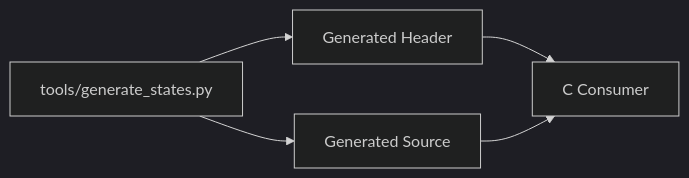
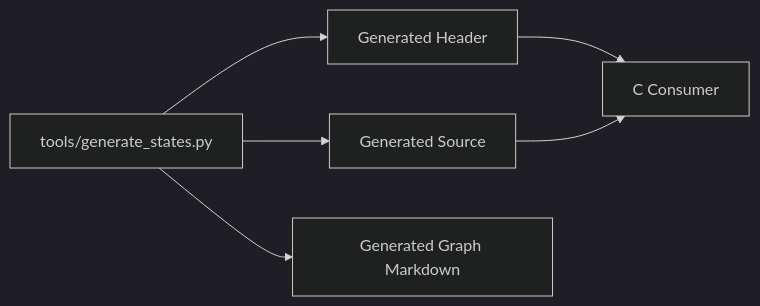
One commit to knstt/kek changed the second of 2 diagrams in doc/generator/architecture.md. Above: the diagram before and after it, drawn with Mermaid (dark theme). The commit also changed other lines of this file and 13 other files, not shown here.

````diff
--- a/doc/generator/architecture.md
+++ b/doc/generator/architecture.md
@@ -84,12 +91,14 @@
 ```mermaid
 flowchart LR
     Generator[tools/generate_states.py]
     GeneratedHeader[Generated Header]
     GeneratedSource[Generated Source]
+    GeneratedGraph[Generated Graph Markdown]
     Consumer[C Consumer]
 
     Generator --> GeneratedHeader
     Generator --> GeneratedSource
+    Generator --> GeneratedGraph
     GeneratedHeader --> Consumer
     GeneratedSource --> Consumer
 ```
````
